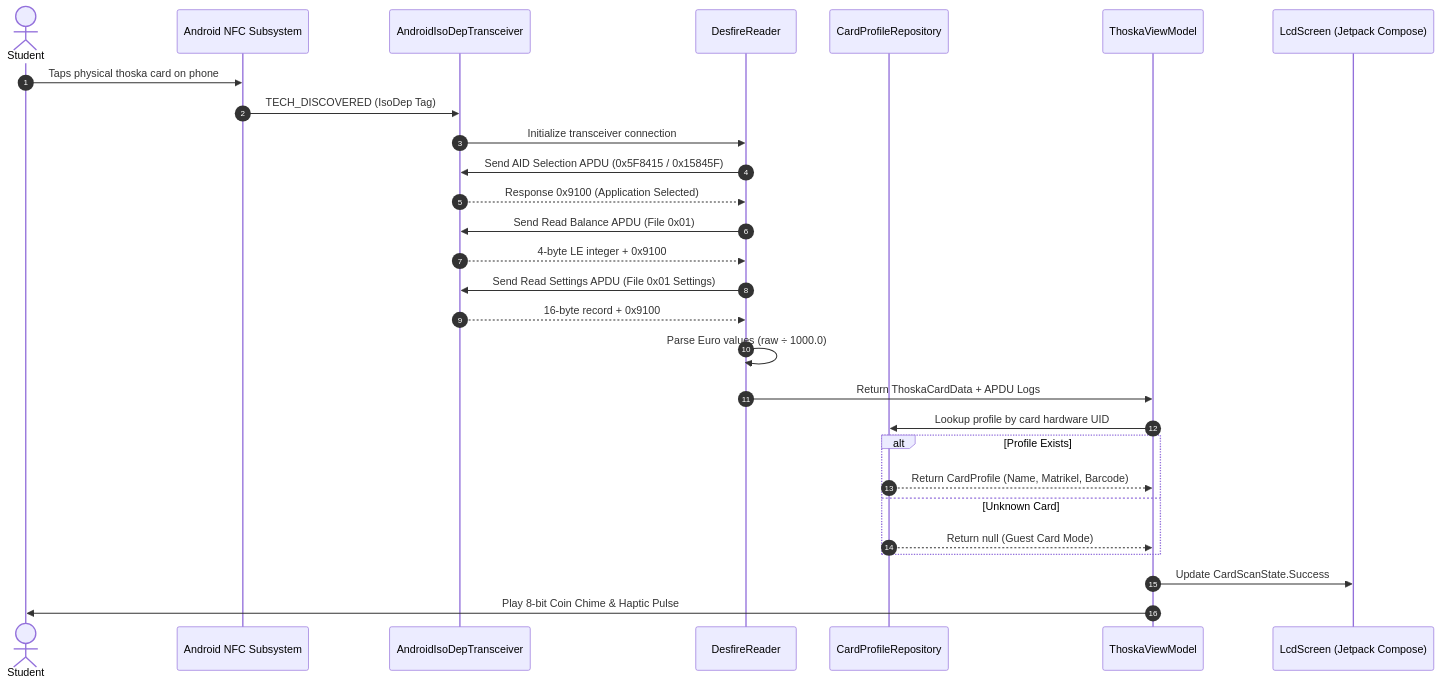
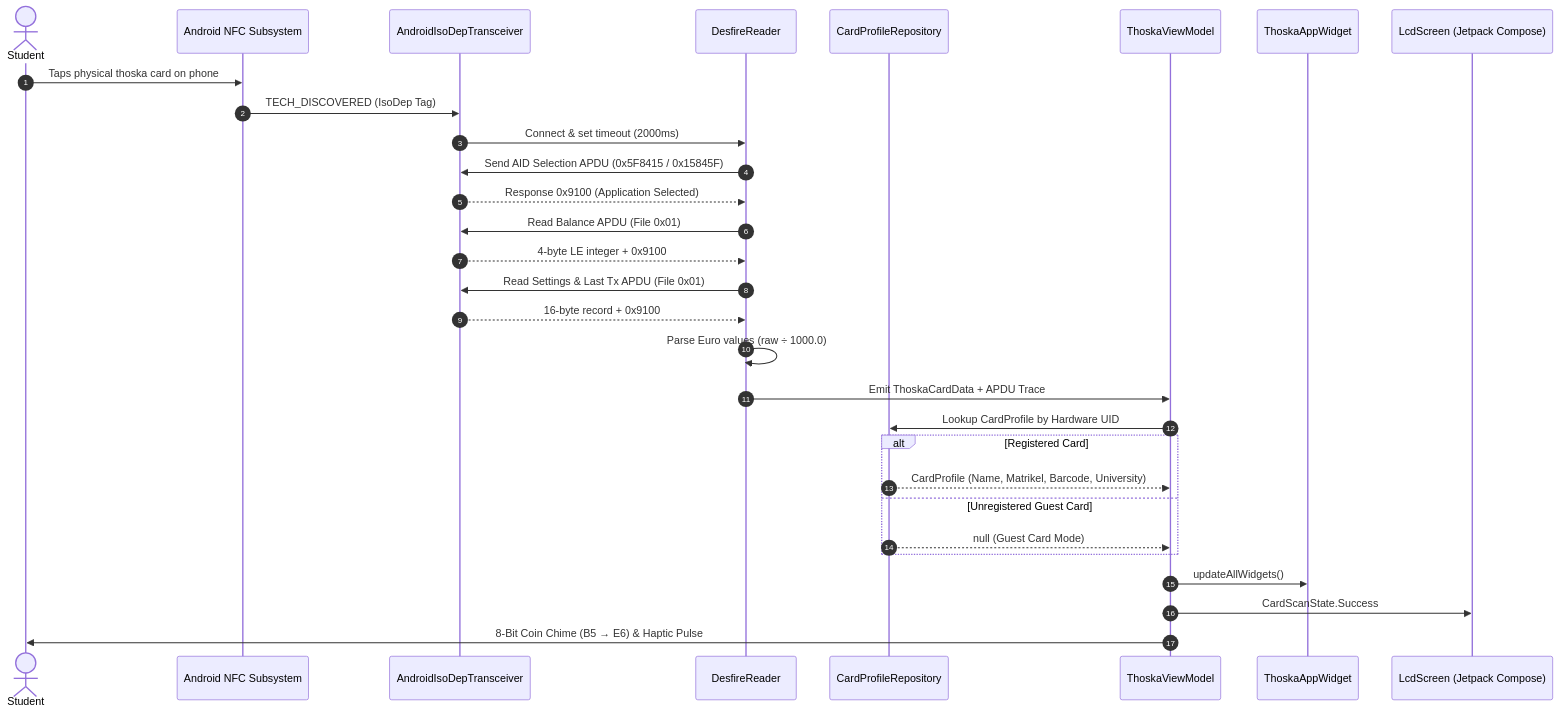
The diagram in README.md (FarhanHamim/Thoska-Reader), drawn with Mermaid before and after one commit. The commit also changed other lines of this file and 30 other files, not shown here.

````diff
--- a/README.md
+++ b/README.md
@@ -90,31 +120,33 @@
 ```mermaid
 sequenceDiagram
     autonumber
     actor Student
     participant Android as Android NFC Subsystem
     participant IsoDep as AndroidIsoDepTransceiver
     participant Reader as DesfireReader
     participant Repo as CardProfileRepository
     participant ViewModel as ThoskaViewModel
+    participant Widget as ThoskaAppWidget
     participant LCD as LcdScreen (Jetpack Compose)
 
     Student->>Android: Taps physical thoska card on phone
     Android->>IsoDep: TECH_DISCOVERED (IsoDep Tag)
-    IsoDep->>Reader: Initialize transceiver connection
+    IsoDep->>Reader: Connect & set timeout (2000ms)
     Reader->>IsoDep: Send AID Selection APDU (0x5F8415 / 0x15845F)
     IsoDep-->>Reader: Response 0x9100 (Application Selected)
-    Reader->>IsoDep: Send Read Balance APDU (File 0x01)
+    Reader->>IsoDep: Read Balance APDU (File 0x01)
     IsoDep-->>Reader: 4-byte LE integer + 0x9100
-    Reader->>IsoDep: Send Read Settings APDU (File 0x01 Settings)
+    Reader->>IsoDep: Read Settings & Last Tx APDU (File 0x01)
     IsoDep-->>Reader: 16-byte record + 0x9100
     Reader->>Reader: Parse Euro values (raw ÷ 1000.0)
-    Reader->>ViewModel: Return ThoskaCardData + APDU Logs
-    ViewModel->>Repo: Lookup profile by card hardware UID
-    alt Profile Exists
-        Repo-->>ViewModel: Return CardProfile (Name, Matrikel, Barcode)
-    else Unknown Card
-        Repo-->>ViewModel: Return null (Guest Card Mode)
+    Reader->>ViewModel: Emit ThoskaCardData + APDU Trace
+    ViewModel->>Repo: Lookup CardProfile by Hardware UID
+    alt Registered Card
+        Repo-->>ViewModel: CardProfile (Name, Matrikel, Barcode, University)
+    else Unregistered Guest Card
+        Repo-->>ViewModel: null (Guest Card Mode)
     end
-    ViewModel->>LCD: Update CardScanState.Success
-    ViewModel->>Student: Play 8-bit Coin Chime & Haptic Pulse
+    ViewModel->>Widget: updateAllWidgets()
+    ViewModel->>LCD: CardScanState.Success
+    ViewModel->>Student: 8-Bit Coin Chime (B5 → E6) & Haptic Pulse
 ```
````
